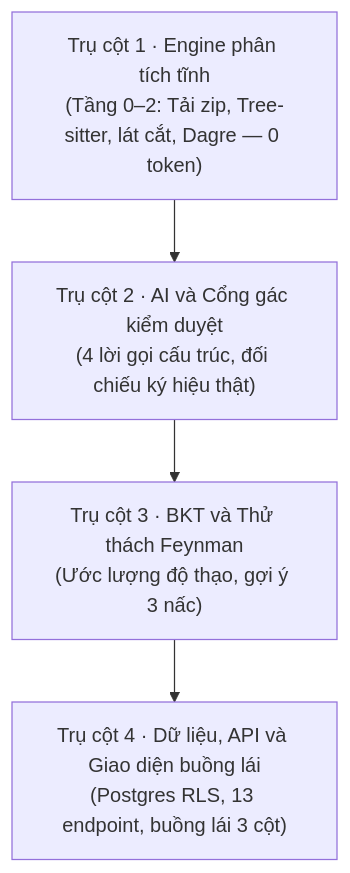
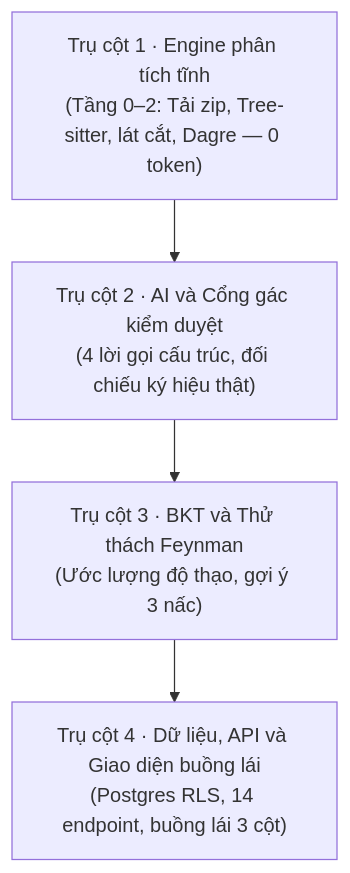
The second of 4 diagrams in doc-de-hieu/00_toan_canh.md (huynhthanhnhannnh-pixel/Hackathon_SGU), drawn with Mermaid before and after one commit. The commit also changed other lines of this file and 9 other files, not shown here.

````diff
--- a/doc-de-hieu/00_toan_canh.md
+++ b/doc-de-hieu/00_toan_canh.md
@@ -41,6 +41,6 @@
 ```mermaid
 flowchart TD
     ENG["Trụ cột 1 · Engine phân tích tĩnh<br/>(Tầng 0–2: Tải zip, Tree-sitter, lát cắt, Dagre — 0 token)"] --> AI["Trụ cột 2 · AI và Cổng gác kiểm duyệt<br/>(4 lời gọi cấu trúc, đối chiếu ký hiệu thật)"]
     AI --> BKT["Trụ cột 3 · BKT và Thử thách Feynman<br/>(Ước lượng độ thạo, gợi ý 3 nấc)"]
-    BKT --> DATA["Trụ cột 4 · Dữ liệu, API và Giao diện buồng lái<br/>(Postgres RLS, 13 endpoint, buồng lái 3 cột)"]
+    BKT --> DATA["Trụ cột 4 · Dữ liệu, API và Giao diện buồng lái<br/>(Postgres RLS, 14 endpoint, buồng lái 3 cột)"]
 ```
````
